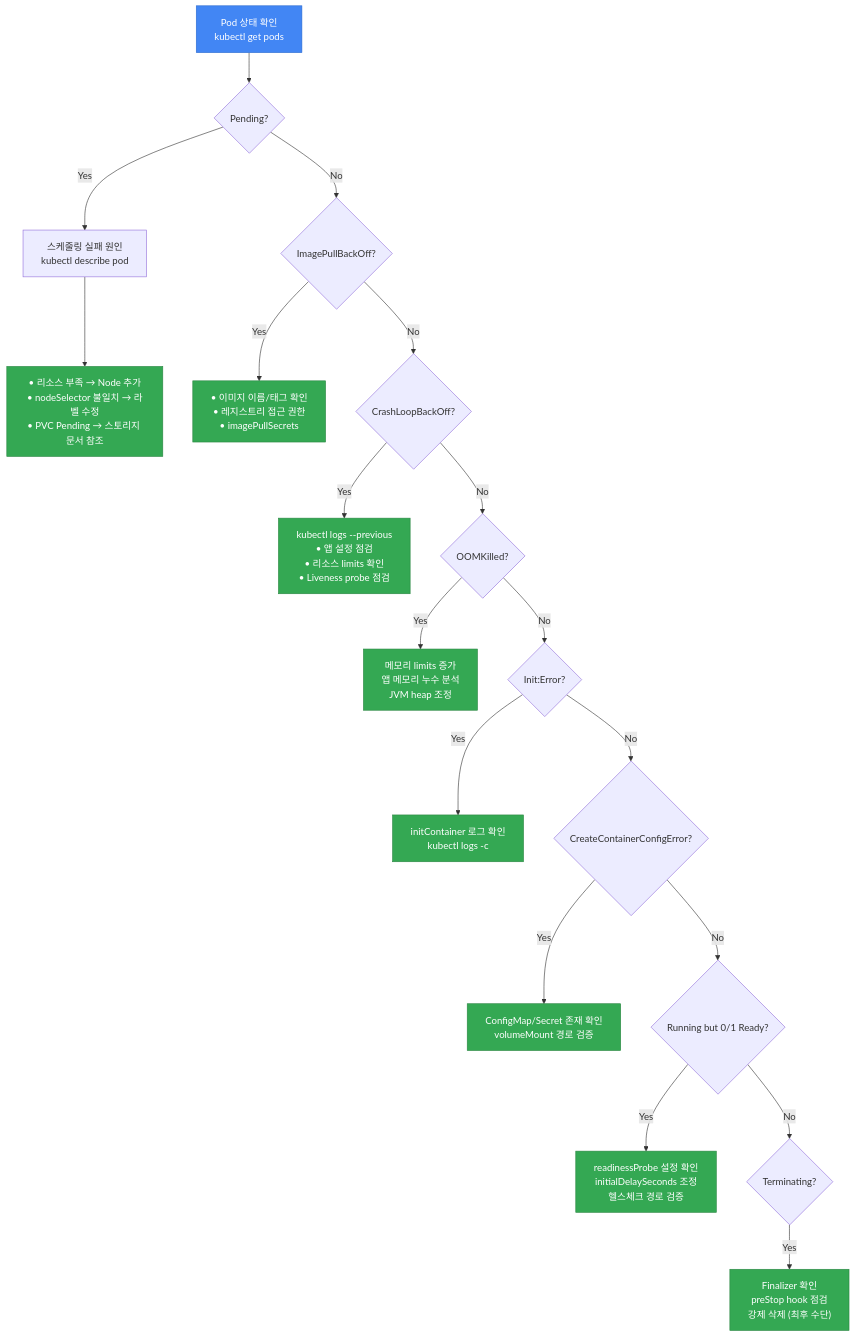
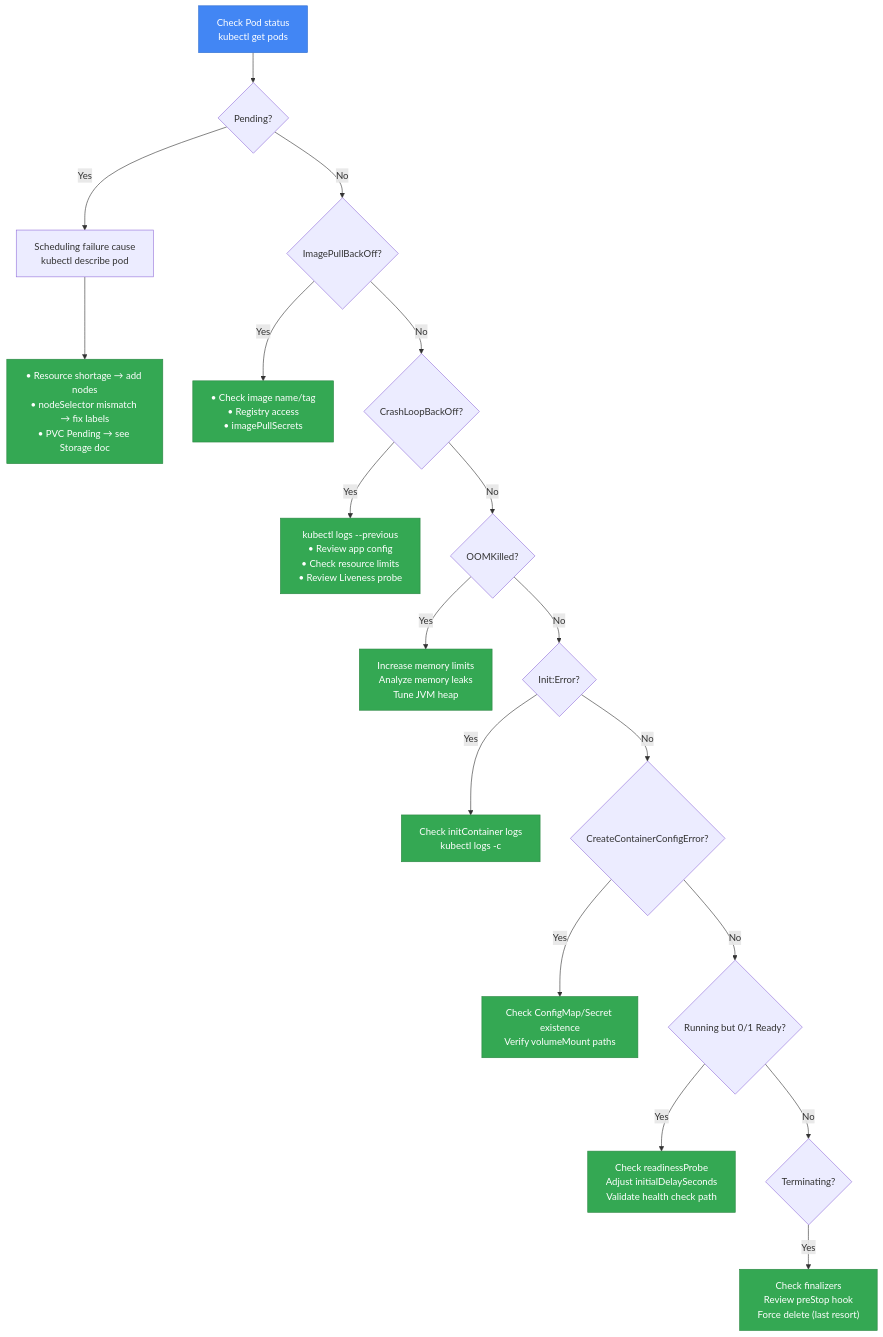
The third of 3 diagrams in docs/eks-best-practices/operations-reliability/eks-debugging/workload.md (devfloor9/engineering-playbook), drawn with Mermaid before and after one commit. The commit also changed other lines of this file and 954 other files, not shown here.

````diff
--- a/docs/eks-best-practices/operations-reliability/eks-debugging/workload.md
+++ b/docs/eks-best-practices/operations-reliability/eks-debugging/workload.md
@@ -643,55 +642,55 @@
 ```mermaid
 flowchart TD
-    START["`Pod 상태 확인
+    START["`Check Pod status
     kubectl get pods`"] --> PENDING{"`Pending?`"}
 
-    PENDING -->|Yes| CHECK_SCHED["`스케줄링 실패 원인
+    PENDING -->|Yes| CHECK_SCHED["`Scheduling failure cause
     kubectl describe pod`"]
-    CHECK_SCHED --> SCHED_FIX["`• 리소스 부족 → Node 추가
-    • nodeSelector 불일치 → 라벨 수정
-    • PVC Pending → 스토리지 문서 참조`"]
+    CHECK_SCHED --> SCHED_FIX["`• Resource shortage → add nodes
+    • nodeSelector mismatch → fix labels
+    • PVC Pending → see Storage doc`"]
 
     PENDING -->|No| IMGPULL{"`ImagePullBackOff?`"}
-    IMGPULL -->|Yes| IMG_FIX["`• 이미지 이름/태그 확인
-    • 레지스트리 접근 권한
+    IMGPULL -->|Yes| IMG_FIX["`• Check image name/tag
+    • Registry access
     • imagePullSecrets`"]
 
     IMGPULL -->|No| CRASH{"`CrashLoopBackOff?`"}
     CRASH -->|Yes| CRASH_FIX["`kubectl logs --previous
-    • 앱 설정 점검
-    • 리소스 limits 확인
-    • Liveness probe 점검`"]
+    • Review app config
+    • Check resource limits
+    • Review Liveness probe`"]
 
     CRASH -->|No| OOM{"`OOMKilled?`"}
-    OOM -->|Yes| OOM_FIX["`메모리 limits 증가
-    앱 메모리 누수 분석
-    JVM heap 조정`"]
+    OOM -->|Yes| OOM_FIX["`Increase memory limits
+    Analyze memory leaks
+    Tune JVM heap`"]
 
     OOM -->|No| INIT_ERR{"`Init:Error?`"}
-    INIT_ERR -->|Yes| INIT_FIX["`initContainer 로그 확인
+    INIT_ERR -->|Yes| INIT_FIX["`Check initContainer logs
     kubectl logs <pod> -c <init-container>`"]
 
     INIT_ERR -->|No| CONFIG_ERR{"`CreateContainerConfigError?`"}
-    CONFIG_ERR -->|Yes| CONFIG_FIX["`ConfigMap/Secret 존재 확인
-    volumeMount 경로 검증`"]
+    CONFIG_ERR -->|Yes| CONFIG_FIX["`Check ConfigMap/Secret existence
+    Verify volumeMount paths`"]
 
     CONFIG_ERR -->|No| RUNNING{"`Running but 0/1 Ready?`"}
-    RUNNING -->|Yes| READY_FIX["`readinessProbe 설정 확인
-    initialDelaySeconds 조정
-    헬스체크 경로 검증`"]
+    RUNNING -->|Yes| READY_FIX["`Check readinessProbe
+    Adjust initialDelaySeconds
+    Validate health check path`"]
 
     RUNNING -->|No| TERMINATING{"`Terminating?`"}
-    TERMINATING -->|Yes| TERM_FIX["`Finalizer 확인
-    preStop hook 점검
-    강제 삭제 (최후 수단)`"]
+    TERMINATING -->|Yes| TERM_FIX["`Check finalizers
+    Review preStop hook
+    Force delete (last resort)`"]
 
     style START fill:#4286f4,stroke:#2a6acf,color:#fff
     style SCHED_FIX fill:#34a853,stroke:#2a8642,color:#fff
     style IMG_FIX fill:#34a853,stroke:#2a8642,color:#fff
     style CRASH_FIX fill:#34a853,stroke:#2a8642,color:#fff
     style OOM_FIX fill:#34a853,stroke:#2a8642,color:#fff
     style INIT_FIX fill:#34a853,stroke:#2a8642,color:#fff
     style CONFIG_FIX fill:#34a853,stroke:#2a8642,color:#fff
     style READY_FIX fill:#34a853,stroke:#2a8642,color:#fff
     style TERM_FIX fill:#34a853,stroke:#2a8642,color:#fff
 ```
````
